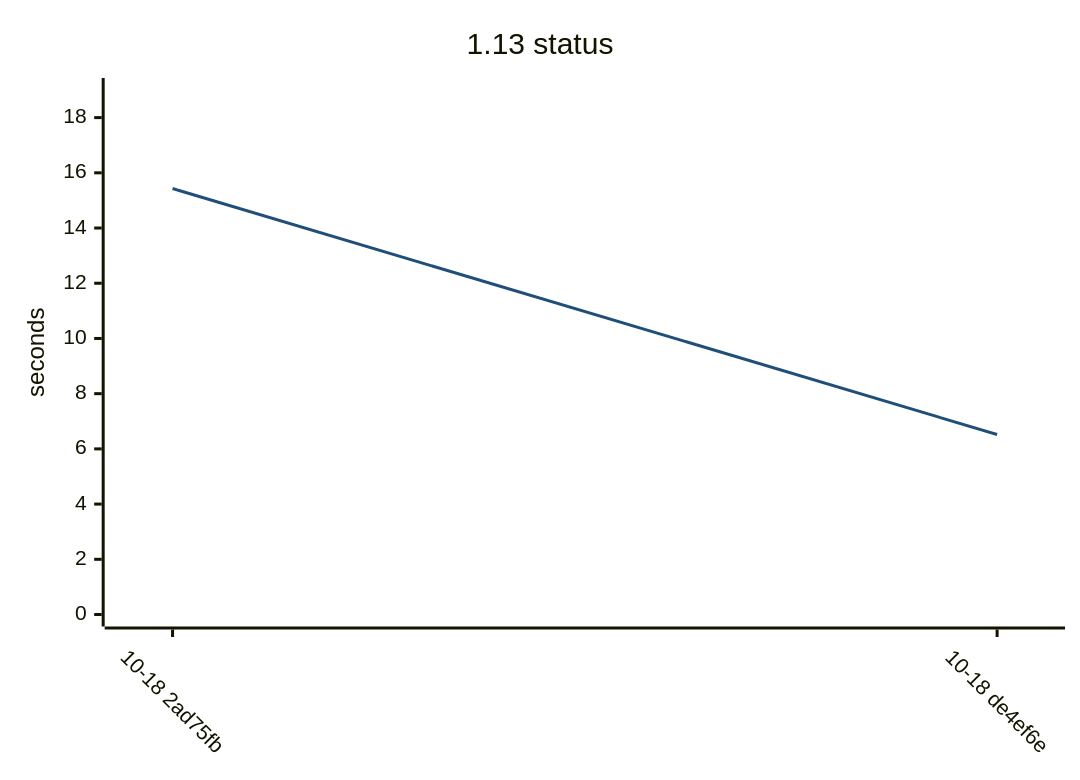
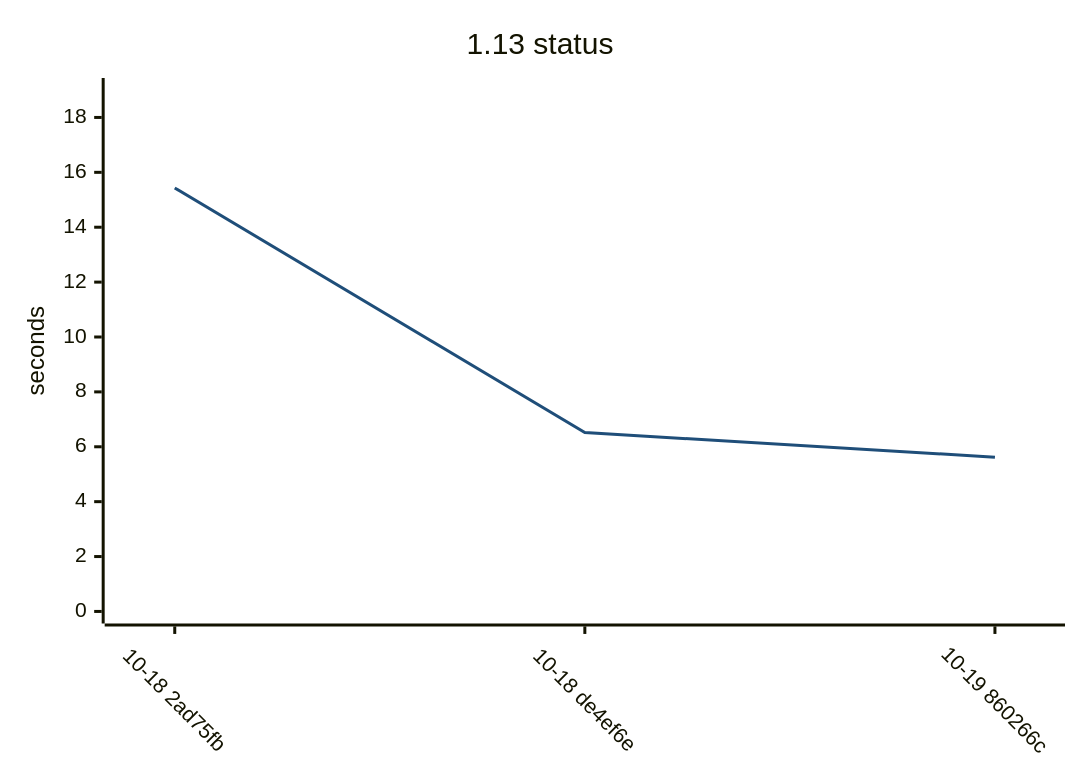
Before and after one commit to yamanori99/DistSSHQueue.jl: the second of 15 diagrams in README.md, drawn with Mermaid. The commit also changed other lines of this file and 1 other file, not shown here.

````diff
--- a/README.md
+++ b/README.md
@@ -59,17 +61,17 @@
 ```mermaid
 ---
 config:
   theme: base
   themeVariables:
     xyChart:
       plotColorPalette: "#1f4e79"
   xyChart:
     xAxis:
       labelRotation: 45
 ---
 xychart-beta
     title "1.13 status"
-    x-axis ["10-18 2ad75fb", "10-18 de4ef6e"]
+    x-axis ["10-18 2ad75fb", "10-18 de4ef6e", "10-19 860266c"]
     y-axis "seconds" 0 --> 19
-    line [15.43, 6.52]
+    line [15.43, 6.52, 5.62]
 ```
````
